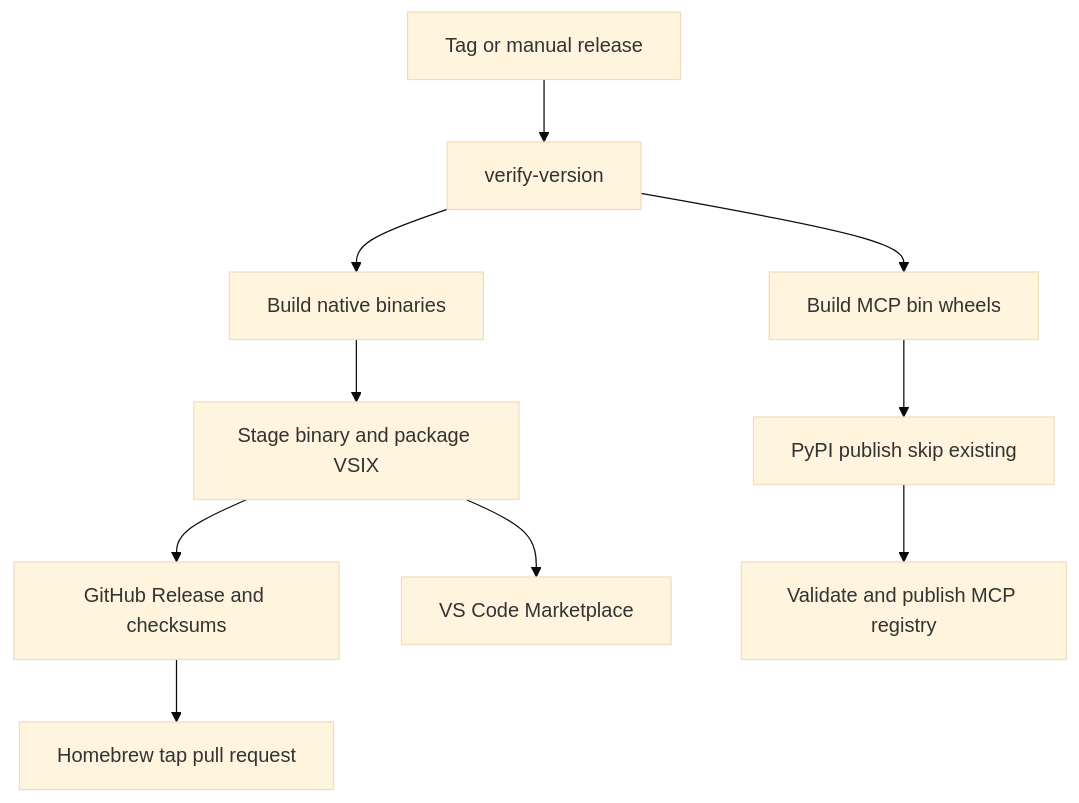
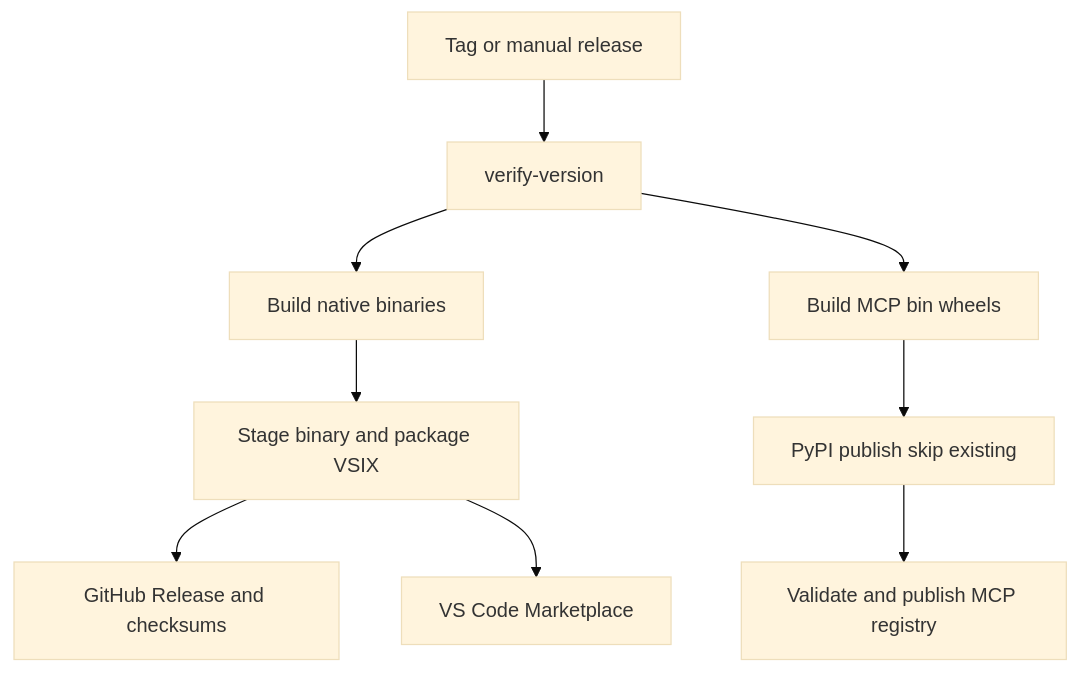
Before and after one commit to Krv-Labs/topos: the second of 2 diagrams in openwiki/operations/testing-and-release.md, drawn with Mermaid (base theme). The commit also changed other lines of this file and 5 other files, not shown here.

````diff
--- a/openwiki/operations/testing-and-release.md
+++ b/openwiki/operations/testing-and-release.md
@@ -134,12 +134,11 @@
 ```mermaid
 flowchart TD
   Start["Tag or manual release"] --> Verify["verify-version"]
   Verify --> Native["Build native binaries"]
   Native --> VSIX["Stage binary and package VSIX"]
   VSIX --> GitHub["GitHub Release and checksums"]
-  GitHub --> Brew["Homebrew tap pull request"]
   VSIX --> Market["VS Code Marketplace"]
   Verify --> Wheels["Build MCP bin wheels"]
   Wheels --> PyPI["PyPI publish skip existing"]
   PyPI --> Registry["Validate and publish MCP registry"]
 ```
````
